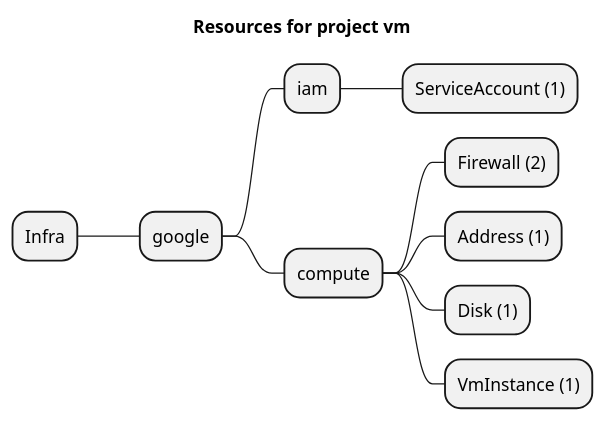
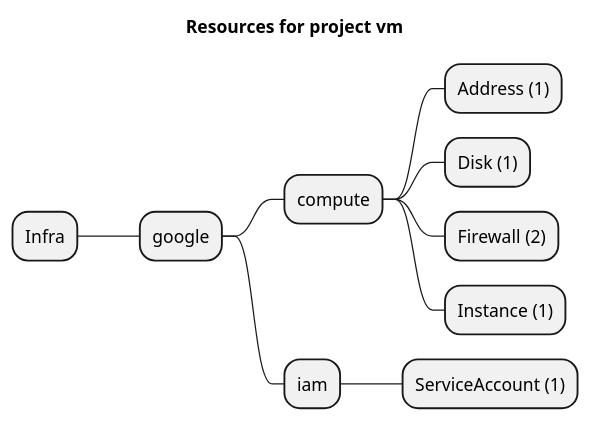
Before and after one commit to grucloud/grucloud: the diagram in examples/google/vm/artifacts/resources-mindmap.puml, drawn with PlantUML. The commit also changed 20 other files, not shown here.

```diff
--- a/examples/google/vm/artifacts/resources-mindmap.puml
+++ b/examples/google/vm/artifacts/resources-mindmap.puml
@@ -1,13 +1,13 @@
 @startmindmap
 title Resources for project vm
 skinparam monochrome true
 + Infra
 ++ google
++++ compute
+++++ Address (1)
+++++ Disk (1)
+++++ Firewall (2)
+++++ Instance (1)
 +++ iam
 ++++ ServiceAccount (1)
-+++ compute
-++++ Firewall (2)
-++++ Address (1)
-++++ Disk (1)
-++++ VmInstance (1)
 @endmindmap
```
